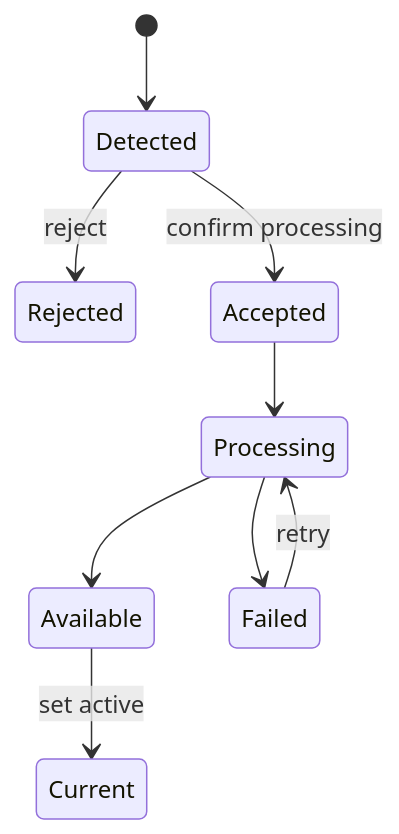
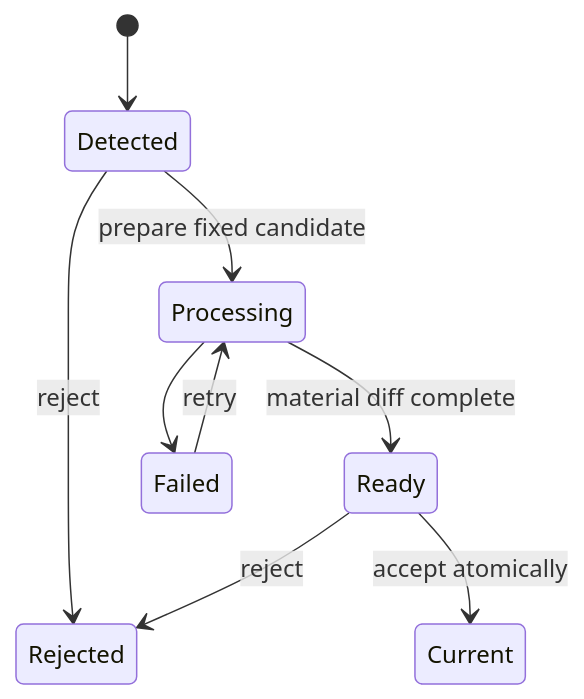
Before and after one commit to FreemanHsu/ScholarLoom: the second of 4 diagrams in docs/data-model.md, drawn with Mermaid. The commit also changed other lines of this file and 22 other files, not shown here.

````diff
--- a/docs/data-model.md
+++ b/docs/data-model.md
@@ -133,11 +144,11 @@
 ```mermaid
 stateDiagram-v2
     [*] --> Detected
     Detected --> Rejected: reject
-    Detected --> Accepted: confirm processing
-    Accepted --> Processing
-    Processing --> Available
+    Detected --> Processing: prepare fixed candidate
+    Processing --> Ready: material diff complete
     Processing --> Failed
     Failed --> Processing: retry
-    Available --> Current: set active
+    Ready --> Rejected: reject
+    Ready --> Current: accept atomically
 ```
````
